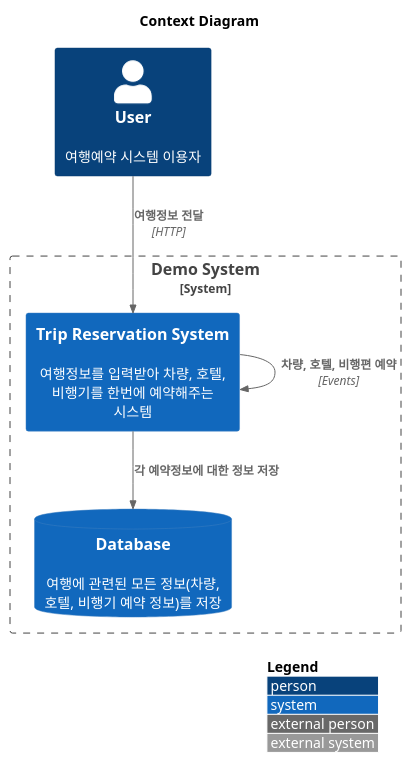
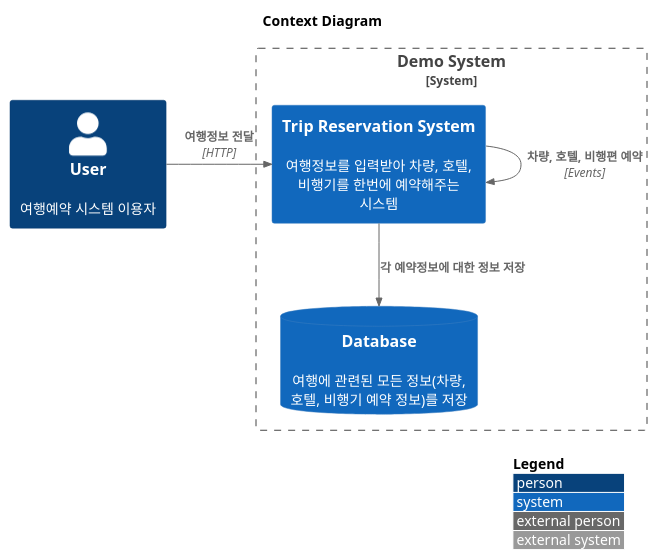
One commit to haandol/devops-academy-eda-demo changed the diagram in docs/c4/context.puml. Above: the diagram before and after it, drawn with PlantUML. The commit also changed 1 other file, not shown here.

```diff
--- a/docs/c4/context.puml
+++ b/docs/c4/context.puml
@@ -1,18 +1,18 @@
 @startuml context
 !include <c4/C4_Context.puml>  
 
 title Context Diagram
 
 Person(client, "User", "여행예약 시스템 이용자")
 
 System_Boundary(b0, "Demo System") {
   System(trip, "Trip Reservation System", "여행정보를 입력받아 차량, 호텔, 비행기를 한번에 예약해주는 시스템")
   SystemDb(db, "Database", "여행에 관련된 모든 정보(차량, 호텔, 비행기 예약 정보)를 저장")
 }
 
-Rel(client, trip, "여행정보 전달", "HTTP")
-Rel(trip, trip, "차량, 호텔, 비행편 예약", "Events")
+Rel_Neighbor(client, trip, "여행정보 전달", "HTTP")
+Rel_Neighbor(trip, trip, "차량, 호텔, 비행편 예약", "Events")
 Rel(trip, db, "각 예약정보에 대한 정보 저장")
 
 LAYOUT_WITH_LEGEND()
 @enduml
```
